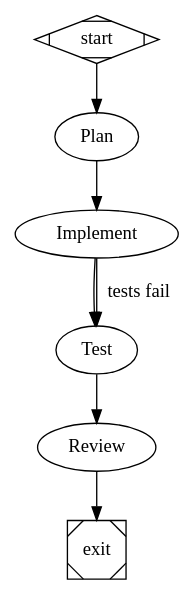
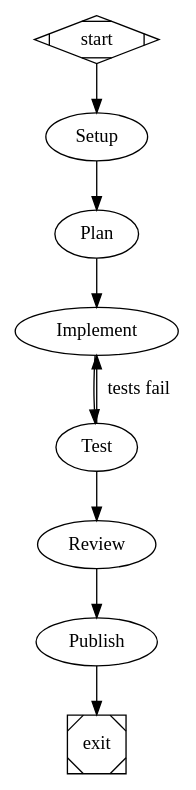
One commit to roybotgg/attractor changed the diagram in issue.dot. Above: the diagram before and after it, drawn with Graphviz. The commit also changed 3 other files, not shown here.

First line of the commit message:
feat: improved issue.dot pipeline + STAGE_FAILED/RETRY backend parsing

```diff
--- a/issue.dot
+++ b/issue.dot
@@ -1,23 +1,34 @@
 digraph Issue {
-  // Generic pipeline for GitHub issues.
-  // Usage: ISSUE_URL=https://github.com/reymarx/localrank-city/issues/57 bun run run.ts issue.dot
-  // Or:    ISSUE_NUMBER=57 REPO=/home/rey/clawd/localrank-city bun run run.ts issue.dot
+  // Improved generic pipeline for GitHub issues.
+  // Stages communicate via .factory/ artifacts — each stage reads the previous stage's output.
+  //
+  // Usage:
+  //   ISSUE_NUMBER=57 REPO_PATH=/path/to/repo bun run run.ts issue.dot
+  //   Or via wrapper: ./run-issue.sh 57 /path/to/repo
+  //
+  // Required env vars: ISSUE_NUMBER, ISSUE_URL, REPO_PATH, REPO_SLUG
+  // Optional env vars: PROJECT_ID, STATUS_FIELD_ID, STATUS_IN_PROGRESS_ID, STATUS_REVIEW_ID
 
-  graph [goal="$ISSUE_URL"]
+  graph [goal="$ISSUE_URL", default_max_retry="2"]
 
   start [shape=Mdiamond]
   exit  [shape=Msquare]
 
-  plan [label="Plan", prompt="You are a senior software engineer. Your task: $goal\n\n0. If PROJECT_ID is set, move the issue to In Progress on the project board using GitHub GraphQL (see example below).\n   - Find the project item ID for this issue number\n   - Update Status field to In Progress\n\n   Example (adjust IDs):\n   gh api graphql -f query='\n   {\n     node(id: \"$PROJECT_ID\") {\n       ... on ProjectV2 {\n         items(first: 50) {\n           nodes {\n             id\n             content { ... on Issue { number } }\n           }\n         }\n       }\n     }\n   }'\n\n   Then:\n   gh api graphql -f query='\n   mutation {\n     updateProjectV2ItemFieldValue(input: {\n       projectId: \"$PROJECT_ID\"\n       itemId: \"$PROJECT_ITEM_ID\"\n       fieldId: \"$STATUS_FIELD_ID\"\n       value: { singleSelectOptionId: \"$STATUS_IN_PROGRESS_ID\" }\n     }) { projectV2Item { id } }\n   }'\n\n1. Use exec to run: gh issue view $ISSUE_NUMBER --repo $REPO_SLUG --json title,body,labels,comments | head -200\n2. Use read to explore the codebase at $REPO_PATH. Read the directory structure, key files, and existing patterns.\n3. Output a detailed, step-by-step implementation plan. Include: files to create/modify, data models, API routes, UI components, validation, error handling, and tests.\n4. Be specific — reference actual file paths, function names, and patterns from the existing code."]
+  setup [label="Setup", prompt="You are a senior software engineer preparing to work on a GitHub issue.\n\n1. Set up a clean feature branch:\n   cd $REPO_PATH && git checkout main && git pull origin main\n   git checkout -b fix/$ISSUE_NUMBER\n\n2. Read the issue:\n   gh issue view $ISSUE_NUMBER --repo $REPO_SLUG --json title,body,labels,comments\n\n3. Create the artifacts directory:\n   mkdir -p $REPO_PATH/.factory\n\n4. Write $REPO_PATH/.factory/issue.md with:\n   - Issue title and number\n   - Full description\n   - Acceptance criteria (extract from body)\n   - Relevant comments\n\n5. Explore the codebase: read directory structure, key config files (package.json, tsconfig), and files relevant to this issue.\n\n6. Write $REPO_PATH/.factory/context.md with:\n   - Project structure overview\n   - Relevant file paths and their purposes\n   - Existing patterns, imports, and conventions the implementation should follow\n   - Tech stack details relevant to this issue"]
 
-  implement [label="Implement", prompt="You are a senior software engineer working in $REPO_PATH.\nYour task: $goal\n\n1. First, read the plan from the previous stage if available.\n2. Use exec to run: gh issue view $ISSUE_NUMBER --repo $REPO_SLUG --json title,body | head -100\n3. Explore the codebase: read relevant existing files to understand patterns, imports, and conventions.\n4. Implement the feature using write and edit tools. Follow existing code patterns exactly.\n5. Include proper TypeScript types, Zod validation, error handling, and security (CSRF, rate limiting) where applicable.\n6. Write unit tests covering happy path, validation errors, edge cases, and error handling."]
+  plan [label="Plan", prompt="You are a senior software engineer creating an implementation plan.\n\n1. Read $REPO_PATH/.factory/issue.md and $REPO_PATH/.factory/context.md\n\n2. Create a detailed, step-by-step implementation plan and write it to $REPO_PATH/.factory/plan.md\n   Include:\n   - Files to create or modify (exact paths)\n   - Data models, API routes, UI components as needed\n   - Validation, error handling, security considerations\n   - Test strategy: what to test, edge cases, expected test count\n   - Reference actual function names and patterns from context.md\n\n3. The plan must be specific enough that another engineer could implement it without reading the issue again."]
 
-  test [label="Test", prompt="You are a senior software engineer working in $REPO_PATH.\n\n1. Run the test suite: exec cd $REPO_PATH && npx jest --passWithNoTests 2>&1 | tail -40\n2. If any tests FAIL, read the failing test files and source files, fix the issues, then re-run.\n3. Run type checking: exec cd $REPO_PATH && npx tsc --noEmit 2>&1 | tail -40\n4. If there are type errors, fix them and re-run.\n5. Repeat until both tests and types pass clean."]
+  implement [label="Implement", prompt="You are a senior software engineer implementing a feature in $REPO_PATH on branch fix/$ISSUE_NUMBER.\n\n1. Read $REPO_PATH/.factory/plan.md — this is your spec. Follow it closely.\n2. If $REPO_PATH/.factory/feedback.md exists, read it — it contains feedback from a failed test run. Address every item.\n3. Implement the changes using write and edit tools. Follow existing code patterns exactly.\n4. Include proper TypeScript types, Zod validation, error handling, and security (CSRF, rate limiting, input sanitization) where applicable.\n5. Write unit tests covering: happy path, validation errors, edge cases, and error handling.\n6. Do NOT commit yet — the test stage will verify your work."]
 
-  review [label="Review", prompt="You are a senior code reviewer examining changes in $REPO_PATH.\n\n1. Run: exec cd $REPO_PATH && git diff HEAD --stat\n2. Run: exec cd $REPO_PATH && git diff HEAD\n3. Review all changes for:\n   - Security issues (XSS, injection, CSRF, auth bypass)\n   - Missing error handling or edge cases\n   - Code that doesn't follow existing patterns\n   - Missing or inadequate tests\n   - TypeScript type safety (any usage, missing types)\n   - Performance concerns\n4. If you find issues, fix them using edit/write tools.\n5. Re-run tests after any fixes: exec cd $REPO_PATH && npx jest --passWithNoTests 2>&1 | tail -20\n6. If PROJECT_ID is set, move the issue to Review on the project board (same GraphQL approach as plan stage, using $STATUS_REVIEW_ID).\n7. Summarize what was implemented and any concerns."]
+  test [label="Test", prompt="You are a senior software engineer verifying code changes in $REPO_PATH on branch fix/$ISSUE_NUMBER.\n\n1. Run the test suite:\n   cd $REPO_PATH && npx jest --passWithNoTests 2>&1 | tail -60\n\n2. If tests FAIL:\n   - Read the failing test files and source files\n   - Try to fix the issues\n   - Re-run tests\n   - If you cannot fix them after 2 attempts, write the failures to $REPO_PATH/.factory/feedback.md with:\n     - Which tests failed and why\n     - What you tried\n     - What the implement stage should do differently\n   - Then output STAGE_FAILED\n\n3. Run type checking:\n   cd $REPO_PATH && npx tsc --noEmit 2>&1 | tail -50\n\n4. If type errors exist:\n   - Try to fix them\n   - If unfixable, append to $REPO_PATH/.factory/feedback.md and output STAGE_FAILED\n\n5. Run linting:\n   cd $REPO_PATH && npx eslint src/ 2>&1 | tail -30\n\n6. Fix any lint errors.\n\n7. Only if ALL checks pass (tests, types, lint), confirm success.\n   If any check still fails after your attempts, output STAGE_FAILED."]
 
-  start -> plan -> implement -> test -> review -> exit
+  review [label="Review", prompt="You are a senior code reviewer examining changes in $REPO_PATH on branch fix/$ISSUE_NUMBER.\n\n1. Stage all changes:\n   cd $REPO_PATH && git add -A\n\n2. Review the diff:\n   git diff --cached --stat\n   git diff --cached\n\n3. Read $REPO_PATH/.factory/issue.md to verify changes address the requirements.\n\n4. Check for:\n   - Security issues (XSS, injection, CSRF, auth bypass)\n   - Missing error handling or edge cases\n   - Code that doesn't follow existing patterns\n   - Missing or inadequate tests\n   - TypeScript type safety (any usage, missing types)\n   - Performance concerns\n\n5. If you find issues, fix them with edit/write tools, then re-run:\n   cd $REPO_PATH && npx jest --passWithNoTests 2>&1 | tail -20\n\n6. Write a summary to $REPO_PATH/.factory/review.md:\n   - What was implemented\n   - What was fixed during review\n   - Any remaining concerns or follow-up items"]
 
-  // Retry edges
-  implement -> test [label="tests fail", condition="outcome=fail"]
+  publish [label="Publish", prompt="You are a senior software engineer finalizing work in $REPO_PATH on branch fix/$ISSUE_NUMBER.\n\n1. Stage and commit (exclude .factory/ artifacts):\n   cd $REPO_PATH && git add -A -- ':!.factory'\n   git commit -m \"fix: resolve issue #$ISSUE_NUMBER\"\n\n2. Push the branch:\n   git push -u origin fix/$ISSUE_NUMBER\n\n3. Read $REPO_PATH/.factory/review.md for the PR body.\n\n4. Open a pull request:\n   gh pr create --repo $REPO_SLUG --base main --head fix/$ISSUE_NUMBER \\\n     --title \"Fix #$ISSUE_NUMBER\" \\\n     --body \"Closes #$ISSUE_NUMBER\n\n$(cat $REPO_PATH/.factory/review.md)\"\n\n5. Clean up artifacts:\n   rm -rf $REPO_PATH/.factory\n\n6. Output the PR URL."]
+
+  // Pipeline flow
+  start -> setup -> plan -> implement -> test -> review -> publish -> exit
+
+  // Retry: if test fails, feed back to implement with feedback.md
+  test -> implement [label="tests fail", condition="outcome=fail"]
 }
```
